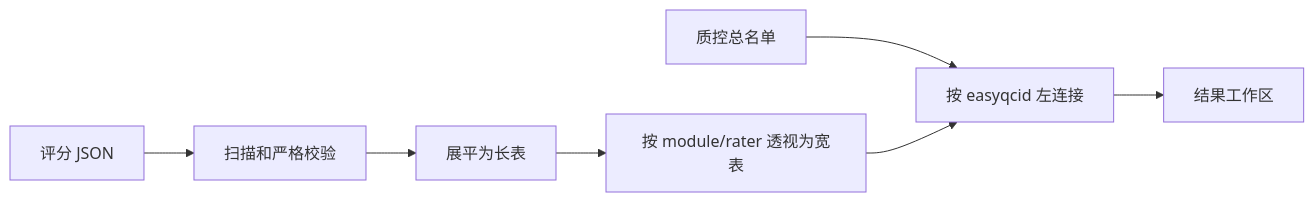
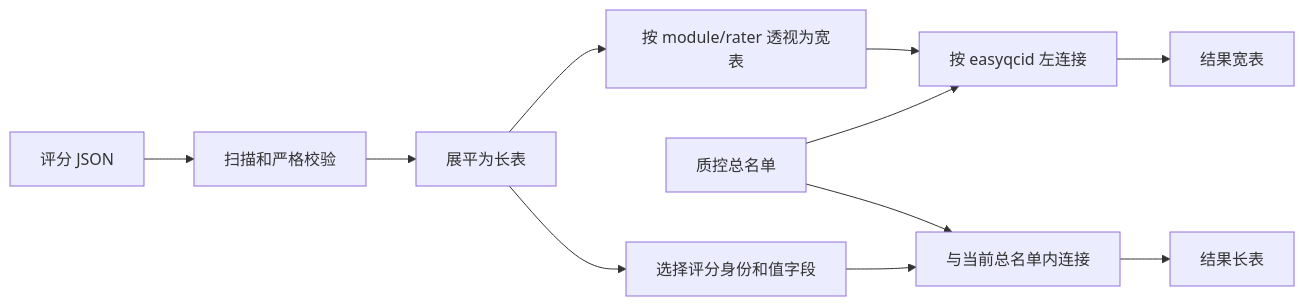
Before and after one commit to chongjing-luo/easyqc: the diagram in docs/guide/08-qc-rating-review-and-results.md, drawn with Mermaid. The commit also changed other lines of this file and 84 other files, not shown here.

````diff
--- a/docs/guide/08-qc-rating-review-and-results.md
+++ b/docs/guide/08-qc-rating-review-and-results.md
@@ -134,9 +138,13 @@
 ```mermaid
 flowchart LR
     J[评分 JSON] --> V[扫描和严格校验]
     V --> L[展平为长表]
     L --> W[按 module/rater 透视为宽表]
+    L --> P[选择评分身份和值字段]
     M[质控总名单] --> A[按 easyqcid 左连接]
     W --> A
-    A --> R[结果工作区]
+    A --> R[结果宽表]
+    P --> I[与当前总名单内连接]
+    M --> I
+    I --> T[结果长表]
 ```
````
